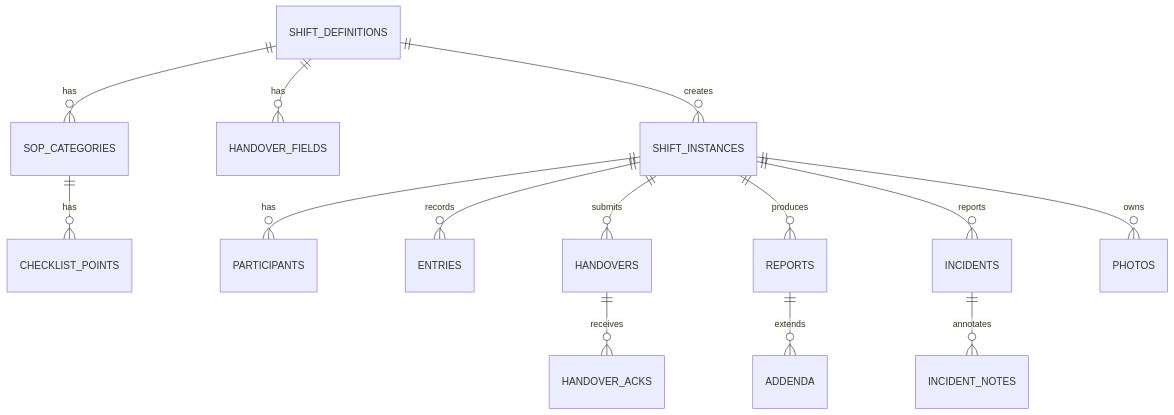
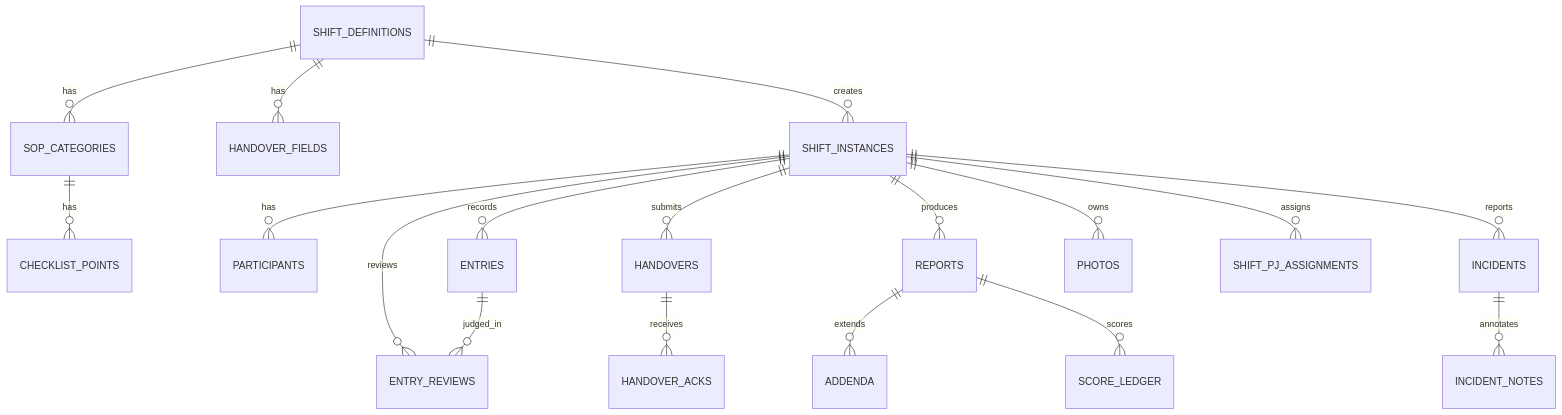
One commit to myGroomy/mycheck-sheets changed the diagram in PLAN/ERD.md. Above: the diagram before and after it, drawn with Mermaid. The commit also changed 120 other files, not shown here.

````diff
--- a/PLAN/ERD.md
+++ b/PLAN/ERD.md
@@ -7,16 +7,20 @@
 ```mermaid
 erDiagram
   SHIFT_DEFINITIONS ||--o{ SOP_CATEGORIES : has
   SOP_CATEGORIES ||--o{ CHECKLIST_POINTS : has
   SHIFT_DEFINITIONS ||--o{ HANDOVER_FIELDS : has
   SHIFT_DEFINITIONS ||--o{ SHIFT_INSTANCES : creates
   SHIFT_INSTANCES ||--o{ PARTICIPANTS : has
   SHIFT_INSTANCES ||--o{ ENTRIES : records
   SHIFT_INSTANCES ||--o{ HANDOVERS : submits
   HANDOVERS ||--o{ HANDOVER_ACKS : receives
   SHIFT_INSTANCES ||--o{ REPORTS : produces
   REPORTS ||--o{ ADDENDA : extends
   SHIFT_INSTANCES ||--o{ INCIDENTS : reports
   INCIDENTS ||--o{ INCIDENT_NOTES : annotates
   SHIFT_INSTANCES ||--o{ PHOTOS : owns
+  SHIFT_INSTANCES ||--o{ SHIFT_PJ_ASSIGNMENTS : assigns
+  SHIFT_INSTANCES ||--o{ ENTRY_REVIEWS : reviews
+  REPORTS ||--o{ SCORE_LEDGER : scores
+  ENTRIES ||--o{ ENTRY_REVIEWS : judged_in
 ```
````
